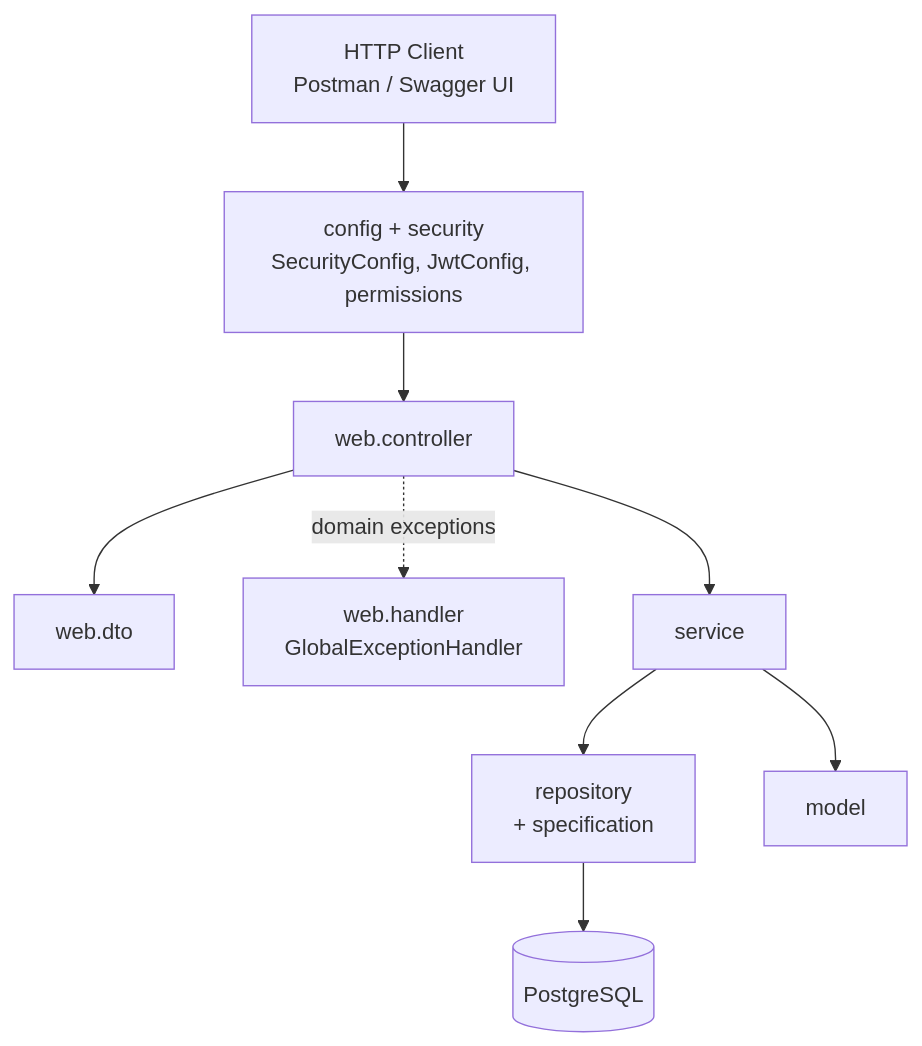
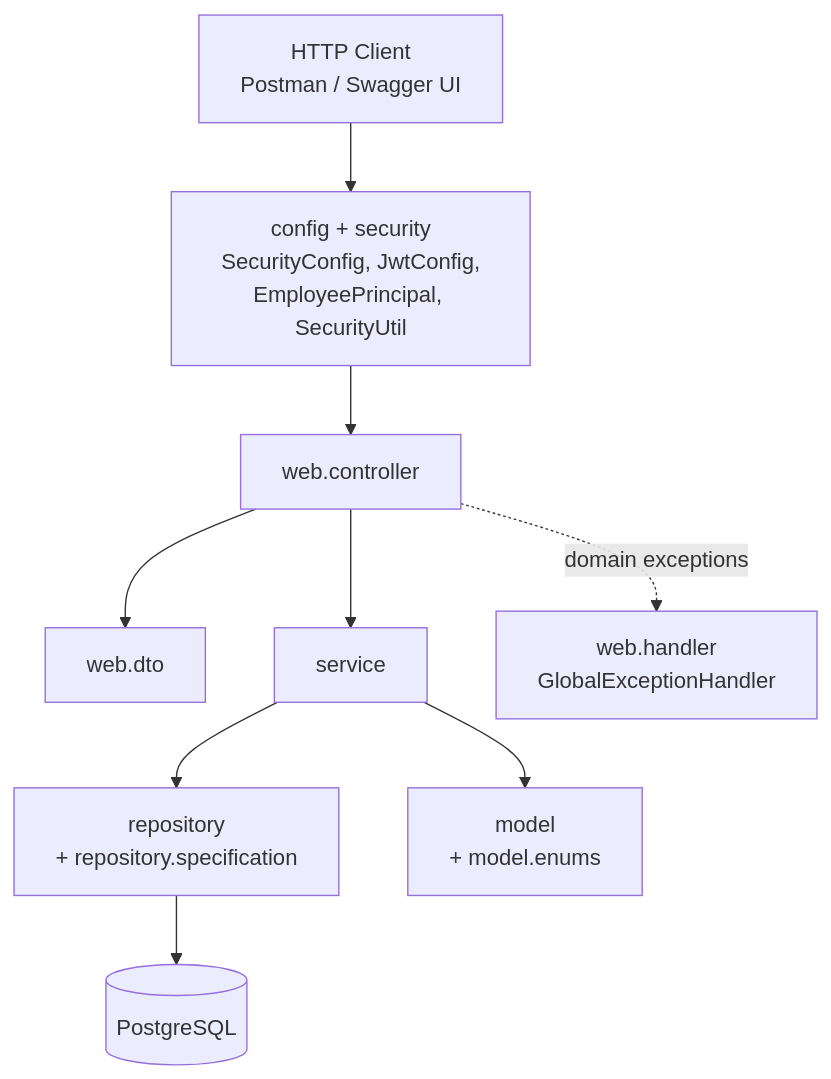
The second of 4 diagrams in README.md (fabianoic/roster), drawn with Mermaid before and after one commit. The commit also changed other lines of this file, not shown here.

````diff
--- a/README.md
+++ b/README.md
@@ -46,20 +47,20 @@
 ```mermaid
 graph TD
     Client["HTTP Client<br/>Postman / Swagger UI"]
-    Security["config + security<br/>SecurityConfig, JwtConfig, permissions"]
+    Security["config + security<br/>SecurityConfig, JwtConfig,<br/>EmployeePrincipal, SecurityUtil"]
     Controller["web.controller"]
     DTO["web.dto"]
+    Service["service"]
+    Repository["repository<br/>+ repository.specification"]
+    Model["model<br/>+ model.enums"]
     Handler["web.handler<br/>GlobalExceptionHandler"]
-    Service["service"]
-    Repository["repository<br/>+ specification"]
-    Model["model"]
     DB[("PostgreSQL")]
 
     Client --> Security --> Controller
     Controller --> DTO
     Controller --> Service
     Service --> Model
     Service --> Repository
     Repository --> DB
     Controller -. "domain exceptions" .-> Handler
 ```
````
